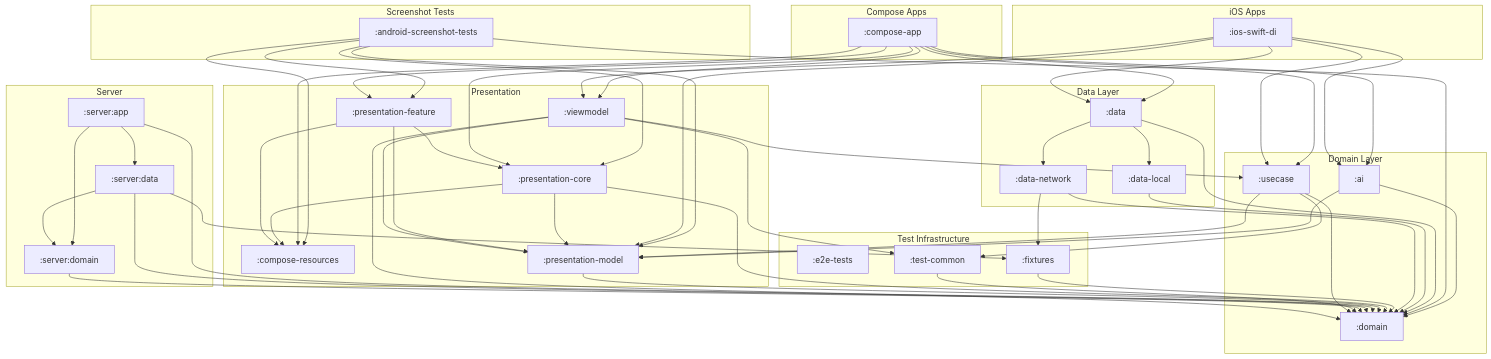
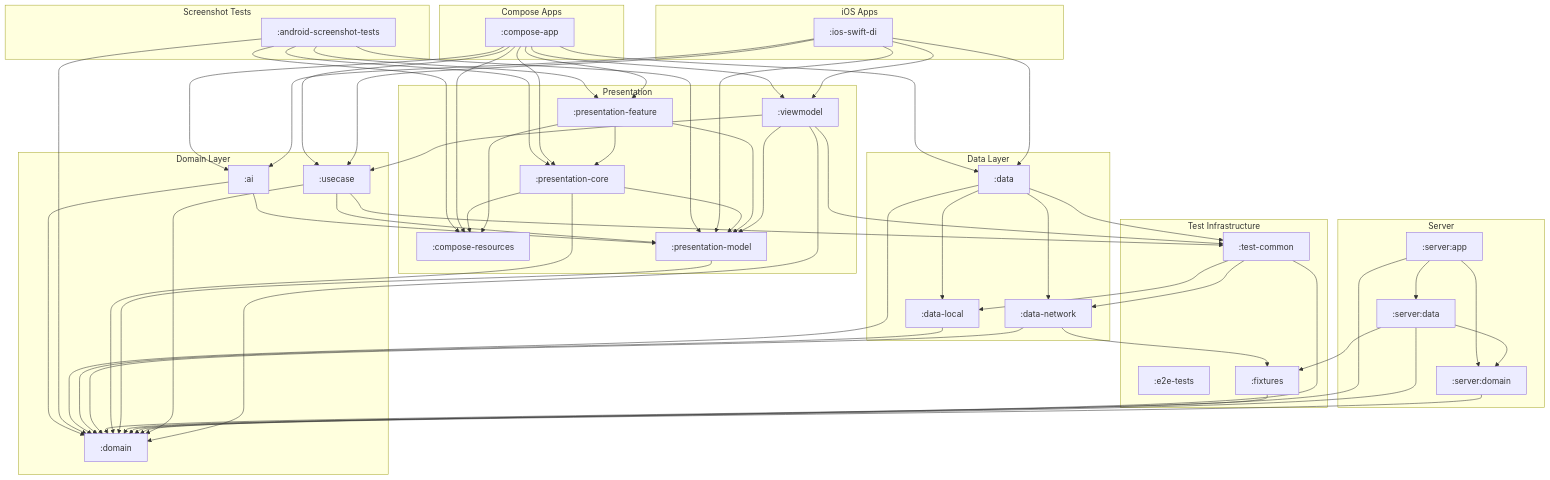
The diagram in docs/diagrams/kotlin_module_structure.mmd (cartland/battery-butler), drawn with Mermaid before and after one commit. The commit also changed 4 other files, not shown here.

Commit message:
docs(generated): Regenerate architecture diagrams and analysis

```diff
--- a/docs/diagrams/kotlin_module_structure.mmd
+++ b/docs/diagrams/kotlin_module_structure.mmd
@@ -1,110 +1,113 @@
 graph TD
     subgraph "iOS Apps"
         IosSwiftDi[":ios-swift-di"]
     end
 
     subgraph "Compose Apps"
         ComposeApp[":compose-app"]
     end
 
     subgraph "Server"
         ServerApp[":server:app"]
         ServerData[":server:data"]
         ServerDomain[":server:domain"]
     end
 
     subgraph "Presentation"
         ComposeResources[":compose-resources"]
         PresentationCore[":presentation-core"]
         PresentationFeature[":presentation-feature"]
         PresentationModel[":presentation-model"]
         Viewmodel[":viewmodel"]
     end
 
     subgraph "Domain Layer"
         Ai[":ai"]
         Domain[":domain"]
         Usecase[":usecase"]
     end
 
     subgraph "Data Layer"
         Data[":data"]
         DataLocal[":data-local"]
         DataNetwork[":data-network"]
     end
 
     subgraph "Screenshot Tests"
         AndroidScreenshotTests[":android-screenshot-tests"]
     end
 
     subgraph "Test Infrastructure"
         E2eTests[":e2e-tests"]
         Fixtures[":fixtures"]
         TestCommon[":test-common"]
     end
 
     %% Dependencies
     Ai --> Domain
     Ai --> PresentationModel
 
     AndroidScreenshotTests --> ComposeResources
     AndroidScreenshotTests --> Domain
     AndroidScreenshotTests --> PresentationCore
     AndroidScreenshotTests --> PresentationFeature
     AndroidScreenshotTests --> PresentationModel
 
     ComposeApp --> Ai
     ComposeApp --> ComposeResources
     ComposeApp --> Data
     ComposeApp --> PresentationCore
     ComposeApp --> PresentationFeature
     ComposeApp --> Usecase
     ComposeApp --> Viewmodel
 
     Data --> DataLocal
     Data --> DataNetwork
     Data --> Domain
+    Data --> TestCommon
 
     DataLocal --> Domain
 
     DataNetwork --> Domain
     DataNetwork --> Fixtures
 
     Fixtures --> Domain
 
     IosSwiftDi --> Ai
     IosSwiftDi --> Data
     IosSwiftDi --> PresentationModel
     IosSwiftDi --> Usecase
     IosSwiftDi --> Viewmodel
 
     PresentationCore --> ComposeResources
     PresentationCore --> Domain
     PresentationCore --> PresentationModel
 
     PresentationFeature --> ComposeResources
     PresentationFeature --> PresentationCore
     PresentationFeature --> PresentationModel
 
     PresentationModel --> Domain
 
     ServerApp --> Domain
     ServerApp --> ServerData
     ServerApp --> ServerDomain
 
     ServerData --> Domain
     ServerData --> Fixtures
     ServerData --> ServerDomain
 
     ServerDomain --> Domain
 
+    TestCommon --> DataLocal
+    TestCommon --> DataNetwork
     TestCommon --> Domain
 
     Usecase --> Domain
     Usecase --> PresentationModel
     Usecase --> TestCommon
 
     Viewmodel --> Domain
     Viewmodel --> PresentationModel
     Viewmodel --> TestCommon
     Viewmodel --> Usecase
```
